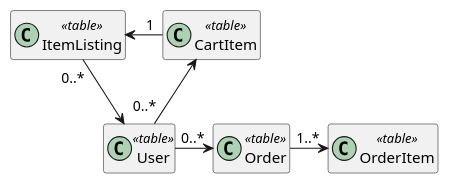
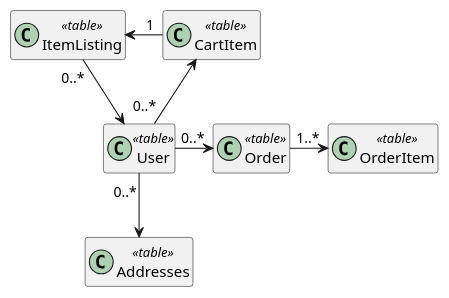
One commit to MattCumbo99/quantum-mart-services changed the diagram in docs/database/er-diagram.puml. Above: the diagram before and after it, drawn with PlantUML. The commit also changed 4 other files, not shown here.

```diff
--- a/docs/database/er-diagram.puml
+++ b/docs/database/er-diagram.puml
@@ -1,21 +1,24 @@
 @startuml
 skinparam horizontalSpacing 100
 skinparam verticalSpacing 100
 hide empty members
 
 class User <<table>>
 class ItemListing <<table>>
 class Order <<table>>
 class OrderItem <<table>>
 class CartItem <<table>>
+class Addresses <<table>>
 
 User "0..*" -up-> CartItem
 
 User "0..*" -right-> Order
+
+User "0..*" -down-> Addresses
 
 CartItem "1" -left-> ItemListing
 ItemListing "0..*" -> User
 
 Order "1..*" -right-> OrderItem
 
 @enduml
```
